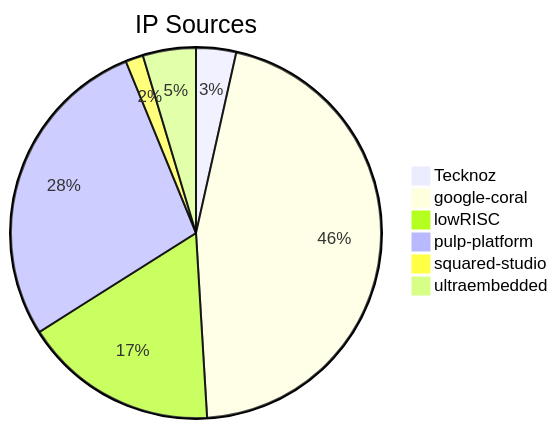
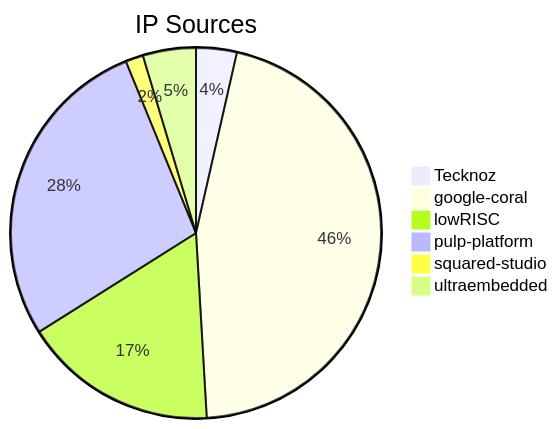
One commit to TecknozBD/Hyper-Titan changed the diagram in README.md. Above: the diagram before and after it, drawn with Mermaid.

Commit message:
modified:   README.md

````diff
--- a/README.md
+++ b/README.md
@@ -116,10 +116,10 @@
 ```mermaid
 %%{init: {"pie": {"sort": false}} }%%
 pie title IP Sources
-  "Tecknoz" : 4526
+  "Tecknoz" : 4604
   "google-coral" : 59000
   "lowRISC" : 22000
   "pulp-platform" : 36000
   "squared-studio": 2000
   "ultraembedded": 6000
 ```
````
